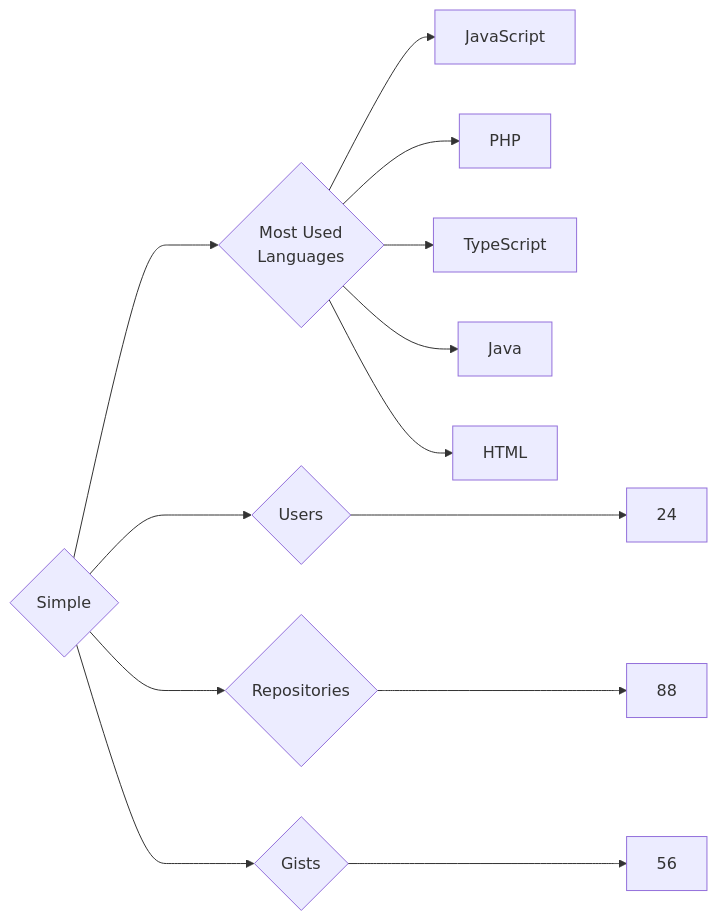
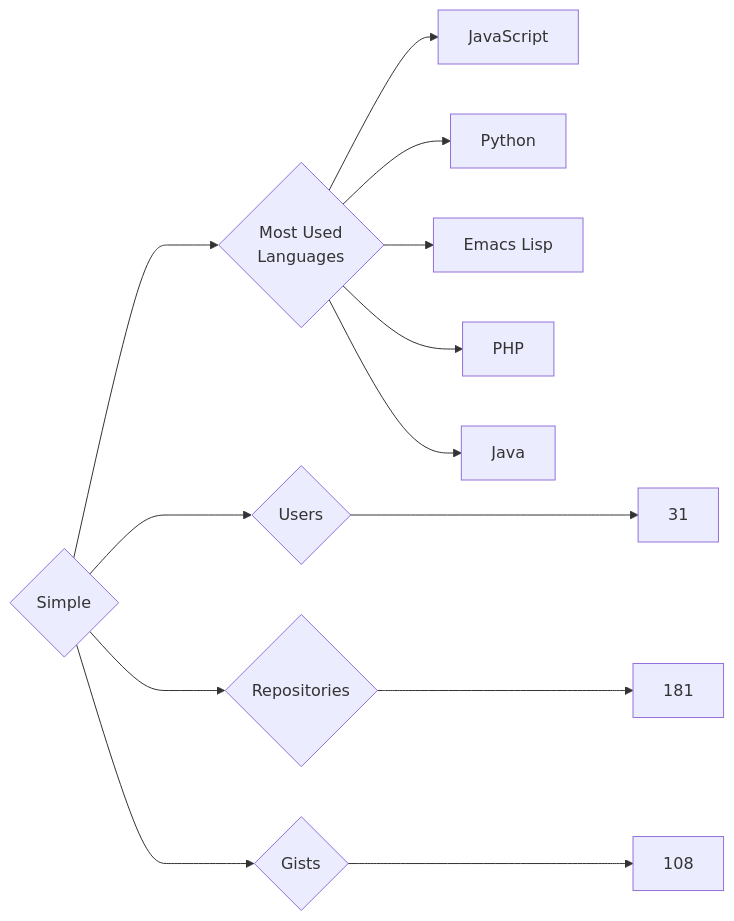
The diagram in targets/Simple/README.md (trickest/insiders), drawn with Mermaid before and after one commit. The commit also changed 970 other files, not shown here.

````diff
--- a/targets/Simple/README.md
+++ b/targets/Simple/README.md
@@ -3,13 +3,13 @@
 ```mermaid
 graph LR
 COMPANY_NAME{Simple}
-COMPANY_NAME ---> U{Users} ---> UN[24]
-COMPANY_NAME ---> R{Repositories} ---> RN[88]
-COMPANY_NAME ---> G{Gists} ---> GN[56]
+COMPANY_NAME ---> U{Users} ---> UN[31]
+COMPANY_NAME ---> R{Repositories} ---> RN[181]
+COMPANY_NAME ---> G{Gists} ---> GN[108]
 COMPANY_NAME ---> ML{Most Used<br>Languages}
 ML --> JavaScript[JavaScript]
+ML --> Python[Python]
+ML --> Emacs_Lisp[Emacs Lisp]
 ML --> PHP[PHP]
-ML --> TypeScript[TypeScript]
 ML --> Java[Java]
-ML --> HTML[HTML]
 ```
````
